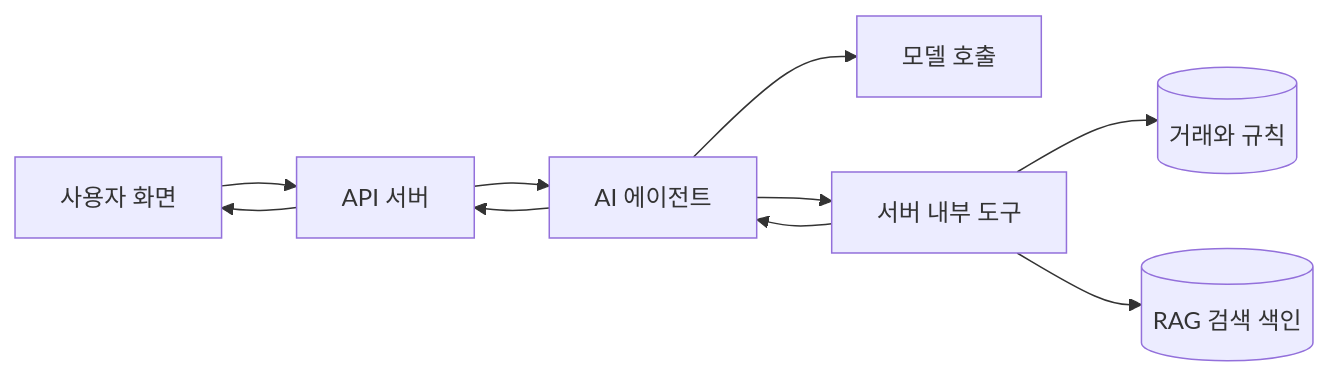
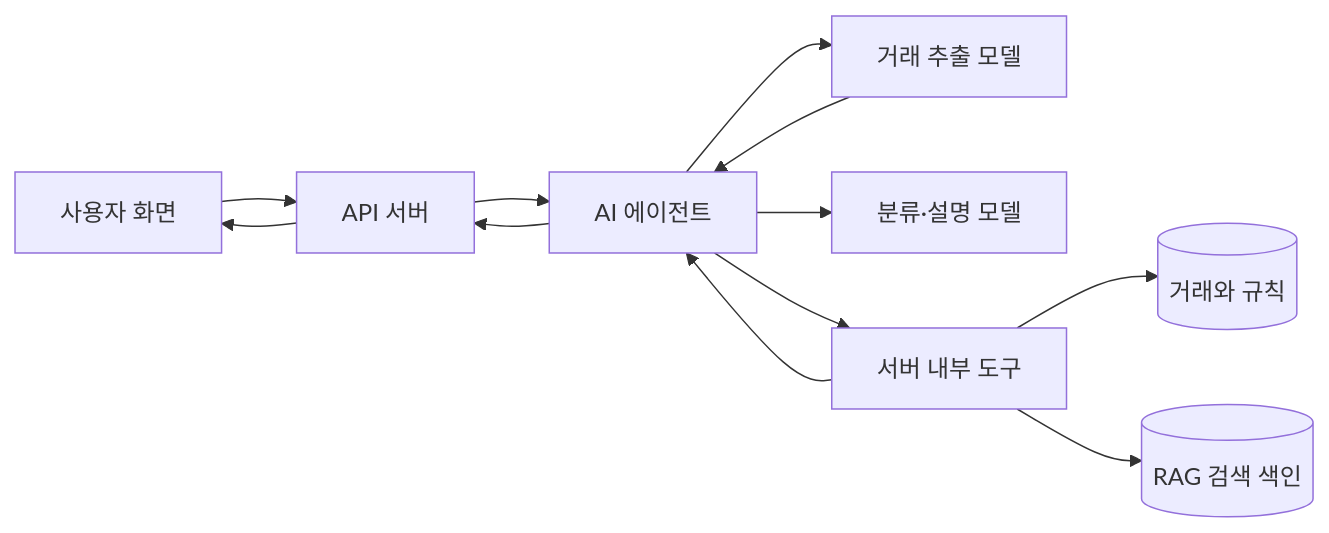
One commit to hyeon81/account_book changed the first of 2 diagrams in docs/ai/agent-architecture.md. Above: the diagram before and after it, drawn with Mermaid. The commit also changed other lines of this file and 31 other files, not shown here.

````diff
--- a/docs/ai/agent-architecture.md
+++ b/docs/ai/agent-architecture.md
@@ -7,12 +7,14 @@
 ```mermaid
 flowchart LR
     ui[사용자 화면] --> server[API 서버]
     server --> agent[AI 에이전트]
-    agent --> llm[모델 호출]
+    agent --> extract[거래 추출 모델]
+    extract --> agent
+    agent --> llm[분류·설명 모델]
     agent --> tools[서버 내부 도구]
     tools --> db[(거래와 규칙)]
     tools --> index[(RAG 검색 색인)]
     tools --> agent
     agent --> server
     server --> ui
 ```
````
